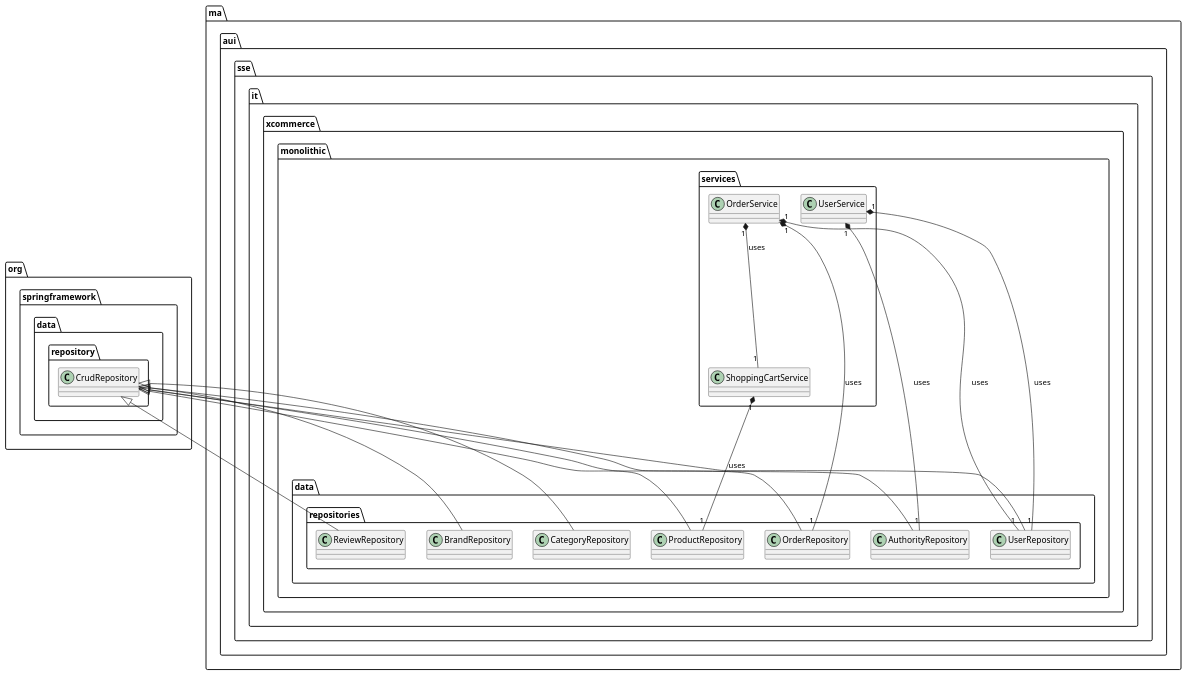
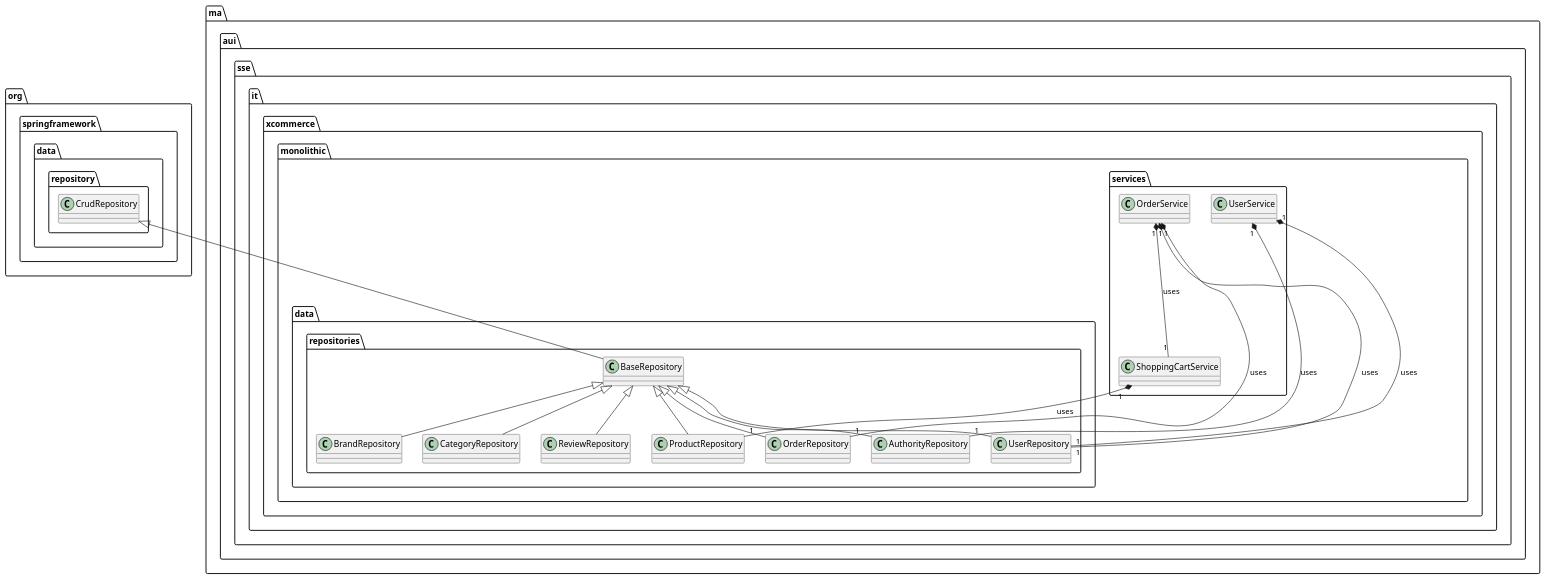
Before and after one commit to oiraqi/xcommerce-monolithic: the second of 2 diagrams in final/src/main/resources/diagram.class.wsd, drawn with PlantUML. The commit also changed other lines of this file and 3 other files, not shown here.

```diff
--- a/final/src/main/resources/diagram.class.wsd
+++ b/final/src/main/resources/diagram.class.wsd
@@ -17,15 +18,16 @@
 @startuml RepositoriesServicesClassDiagram
-org.springframework.data.repository.CrudRepository <|-- ma.aui.sse.it.xcommerce.monolithic.data.repositories.ProductRepository
-org.springframework.data.repository.CrudRepository <|-- ma.aui.sse.it.xcommerce.monolithic.data.repositories.BrandRepository
-org.springframework.data.repository.CrudRepository <|-- ma.aui.sse.it.xcommerce.monolithic.data.repositories.CategoryRepository
-org.springframework.data.repository.CrudRepository <|-- ma.aui.sse.it.xcommerce.monolithic.data.repositories.UserRepository
-org.springframework.data.repository.CrudRepository <|-- ma.aui.sse.it.xcommerce.monolithic.data.repositories.AuthorityRepository
-org.springframework.data.repository.CrudRepository <|-- ma.aui.sse.it.xcommerce.monolithic.data.repositories.OrderRepository
-org.springframework.data.repository.CrudRepository <|-- ma.aui.sse.it.xcommerce.monolithic.data.repositories.ReviewRepository
+org.springframework.data.repository.CrudRepository <|-- ma.aui.sse.it.xcommerce.monolithic.data.repositories.BaseRepository
+ma.aui.sse.it.xcommerce.monolithic.data.repositories.BaseRepository <|-- ma.aui.sse.it.xcommerce.monolithic.data.repositories.ProductRepository
+ma.aui.sse.it.xcommerce.monolithic.data.repositories.BaseRepository <|-- ma.aui.sse.it.xcommerce.monolithic.data.repositories.BrandRepository
+ma.aui.sse.it.xcommerce.monolithic.data.repositories.BaseRepository <|-- ma.aui.sse.it.xcommerce.monolithic.data.repositories.CategoryRepository
+ma.aui.sse.it.xcommerce.monolithic.data.repositories.BaseRepository <|-- ma.aui.sse.it.xcommerce.monolithic.data.repositories.UserRepository
+ma.aui.sse.it.xcommerce.monolithic.data.repositories.BaseRepository <|-- ma.aui.sse.it.xcommerce.monolithic.data.repositories.AuthorityRepository
+ma.aui.sse.it.xcommerce.monolithic.data.repositories.BaseRepository <|-- ma.aui.sse.it.xcommerce.monolithic.data.repositories.OrderRepository
+ma.aui.sse.it.xcommerce.monolithic.data.repositories.BaseRepository <|-- ma.aui.sse.it.xcommerce.monolithic.data.repositories.ReviewRepository
 ma.aui.sse.it.xcommerce.monolithic.services.ShoppingCartService "1" *-- "1" ma.aui.sse.it.xcommerce.monolithic.data.repositories.ProductRepository : uses
 ma.aui.sse.it.xcommerce.monolithic.services.OrderService "1" *-- "1" ma.aui.sse.it.xcommerce.monolithic.services.ShoppingCartService : uses
 ma.aui.sse.it.xcommerce.monolithic.services.OrderService "1" *-- "1" ma.aui.sse.it.xcommerce.monolithic.data.repositories.UserRepository : uses
 ma.aui.sse.it.xcommerce.monolithic.services.OrderService "1" *-- "1" ma.aui.sse.it.xcommerce.monolithic.data.repositories.OrderRepository : uses
 ma.aui.sse.it.xcommerce.monolithic.services.UserService "1" *-- "1" ma.aui.sse.it.xcommerce.monolithic.data.repositories.UserRepository : uses
 ma.aui.sse.it.xcommerce.monolithic.services.UserService "1" *-- "1" ma.aui.sse.it.xcommerce.monolithic.data.repositories.AuthorityRepository : uses
 @enduml
```
